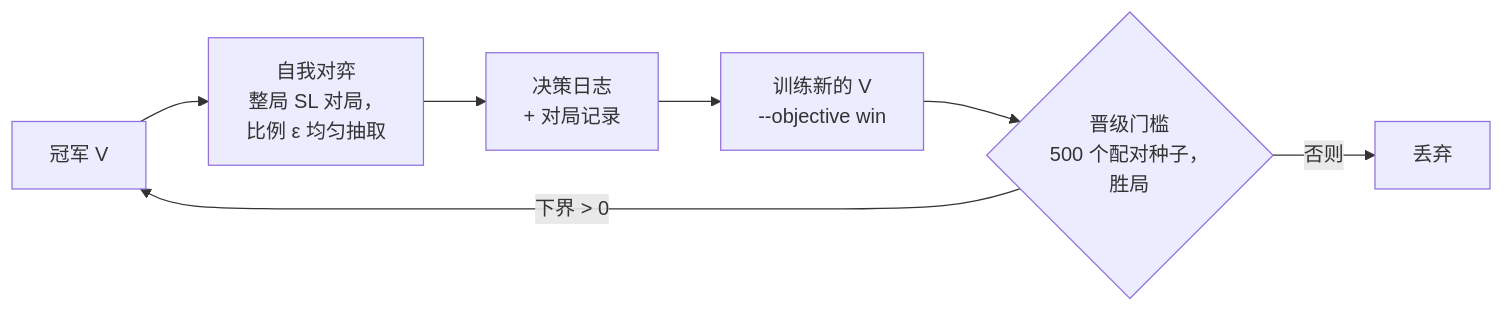
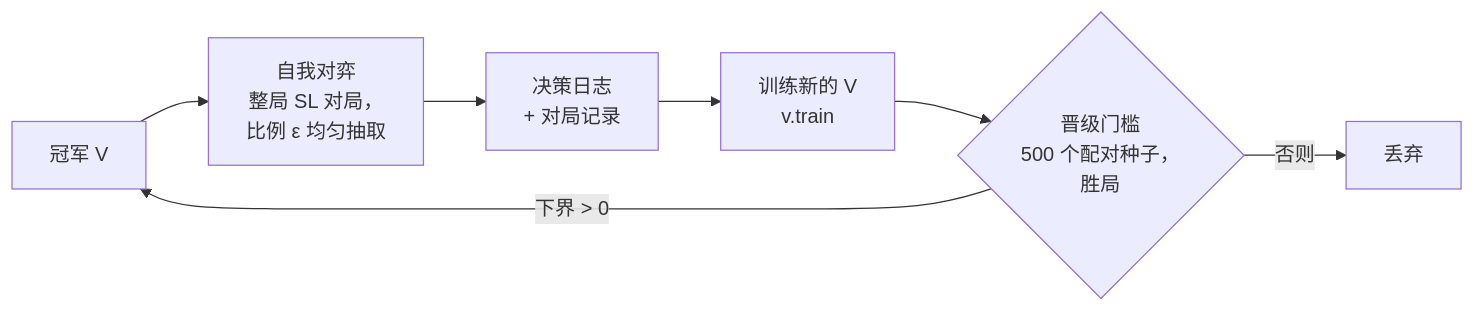
One commit to shinnku-nikaidou/spire-zero changed the diagram in docs/src/content/docs/arch/macro-brain/selfplay.mdx. Above: the diagram before and after it, drawn with Mermaid. The commit also changed other lines of this file and 168 other files, not shown here.

````diff
--- a/docs/src/content/docs/arch/macro-brain/selfplay.mdx
+++ b/docs/src/content/docs/arch/macro-brain/selfplay.mdx
@@ -13,9 +13,9 @@
 ```mermaid
 flowchart LR
   C["冠军 V"] --> P["自我对弈<br/>整局 SL 对局，<br/>比例 ε 均匀抽取"]
   P --> D["决策日志<br/>+ 对局记录"]
-  D --> T["训练新的 V<br/>--objective win"]
+  D --> T["训练新的 V<br/>v.train"]
   T --> G{"晋级门槛<br/>500 个配对种子，<br/>胜局"}
   G -->|"下界 > 0"| C
   G -->|"否则"| X["丢弃"]
 ```
````
